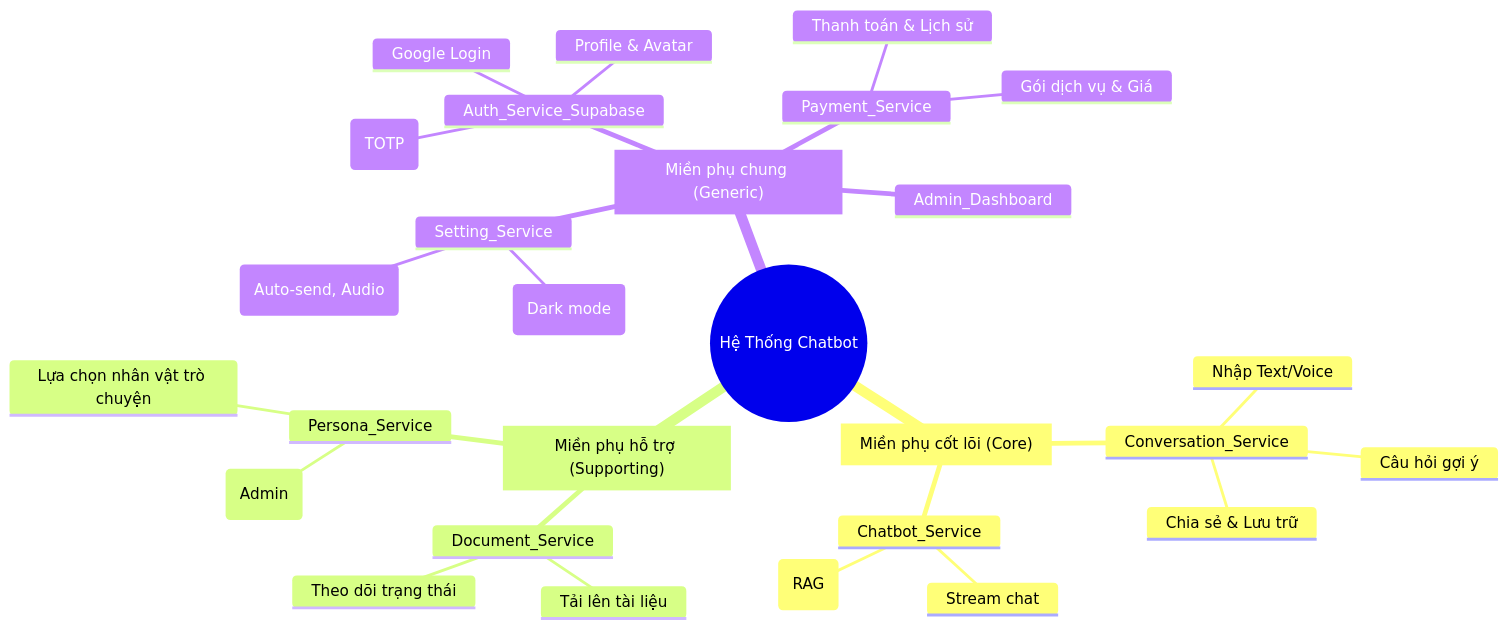
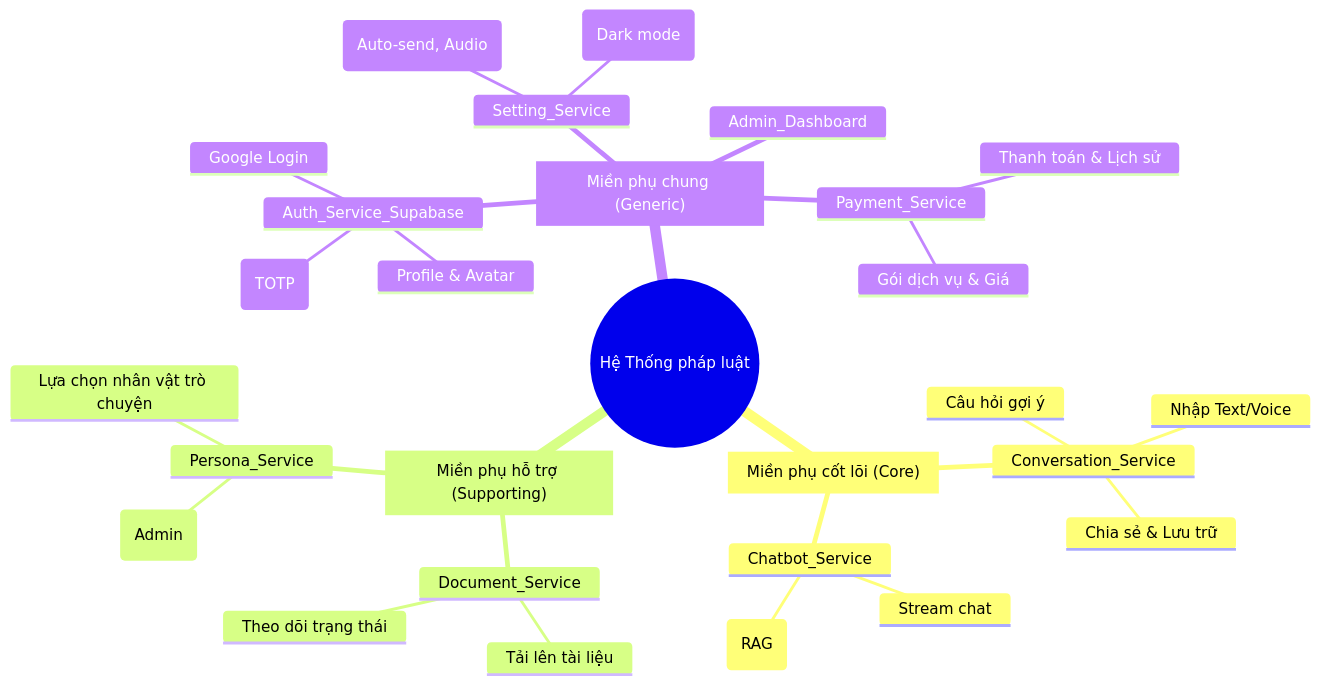
Before and after one commit to 20206205Tech/docs-markdown: the diagram in docs/1. Tổng quan đề tài/1.3. Bài toán nghiệp vụ/SubDomain.mmd, drawn with Mermaid. The commit also changed 2 other files, not shown here.

```diff
--- a/docs/1. Tổng quan đề tài/1.3. Bài toán nghiệp vụ/SubDomain.mmd
+++ b/docs/1. Tổng quan đề tài/1.3. Bài toán nghiệp vụ/SubDomain.mmd
@@ -1,30 +1,30 @@
 
 mindmap
-  root((Hệ Thống Chatbot))
+  root((Hệ Thống pháp luật))
     Core_Subdomain["Miền phụ cốt lõi (Core)"]
       Conversation_Service
         Câu hỏi gợi ý
         Nhập Text/Voice
         Chia sẻ & Lưu trữ
       Chatbot_Service
         Stream chat
         Tra cứu văn bản (RAG)
     Supporting_Subdomain["Miền phụ hỗ trợ (Supporting)"]
       Document_Service
         Tải lên tài liệu
         Theo dõi trạng thái
       Persona_Service
         Quản lý nhân vật (Admin)
         Lựa chọn nhân vật trò chuyện
     Generic_Subdomain["Miền phụ chung (Generic)"]
       Auth_Service_Supabase
         Google Login
         Profile & Avatar
         Xác thực 2FA (TOTP)
       Setting_Service
         Cấu hình UI (Dark mode)
         Cấu hình Chat (Auto-send, Audio)
       Payment_Service
         Gói dịch vụ & Giá
         Thanh toán & Lịch sử
       Admin_Dashboard
```
